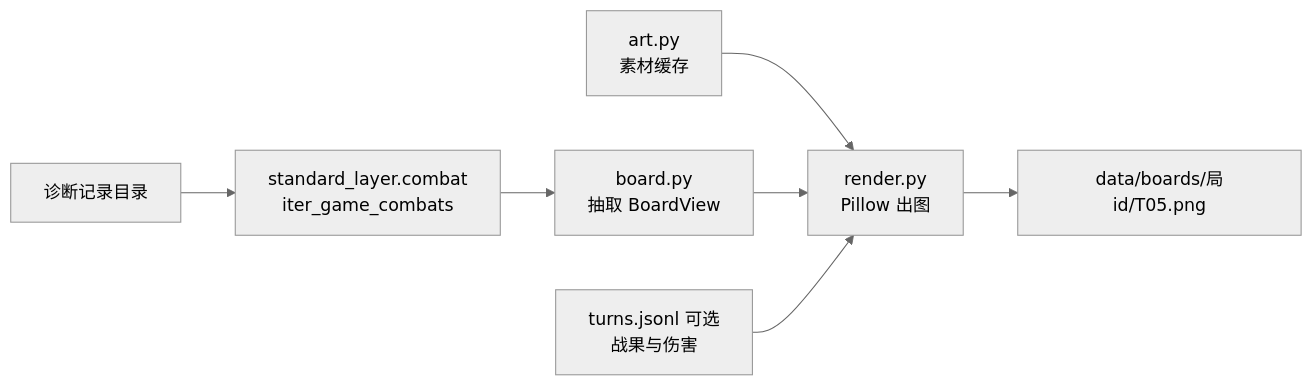
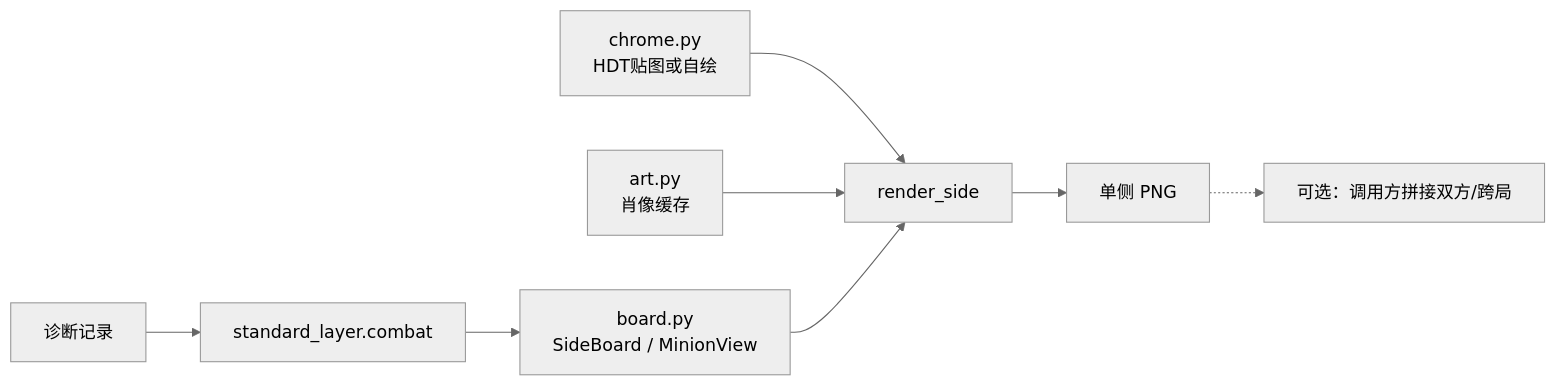
The diagram in docs/design/P3-board-render.md (zhuaoyuan/hdt-bg-helper), drawn with Mermaid (neutral theme) before and after one commit. The commit also changed other lines of this file and 6 other files, not shown here.

First line of the commit message:
docs: accept ADR-0012 and approve side-unit board render

````diff
--- a/docs/design/P3-board-render.md
+++ b/docs/design/P3-board-render.md
@@ -45,9 +43,10 @@
 ```mermaid
 flowchart LR
-  A[诊断记录目录] --> B[standard_layer.combat<br/>iter_game_combats]
-  B --> C[board.py<br/>抽取 BoardView]
-  D[art.py<br/>素材缓存] --> E[render.py<br/>Pillow 出图]
+  A[诊断记录] --> B[standard_layer.combat]
+  B --> C[board.py<br/>SideBoard / MinionView]
+  D[chrome.py<br/>HDT贴图或自绘] --> E[render_side]
+  F[art.py<br/>肖像缓存] --> E
   C --> E
-  F[turns.jsonl 可选<br/>战果与伤害] --> E
-  E --> G[data/boards/局id/T05.png]
+  E --> G[单侧 PNG]
+  G -.-> H[可选：调用方拼接双方/跨局]
 ```
````
